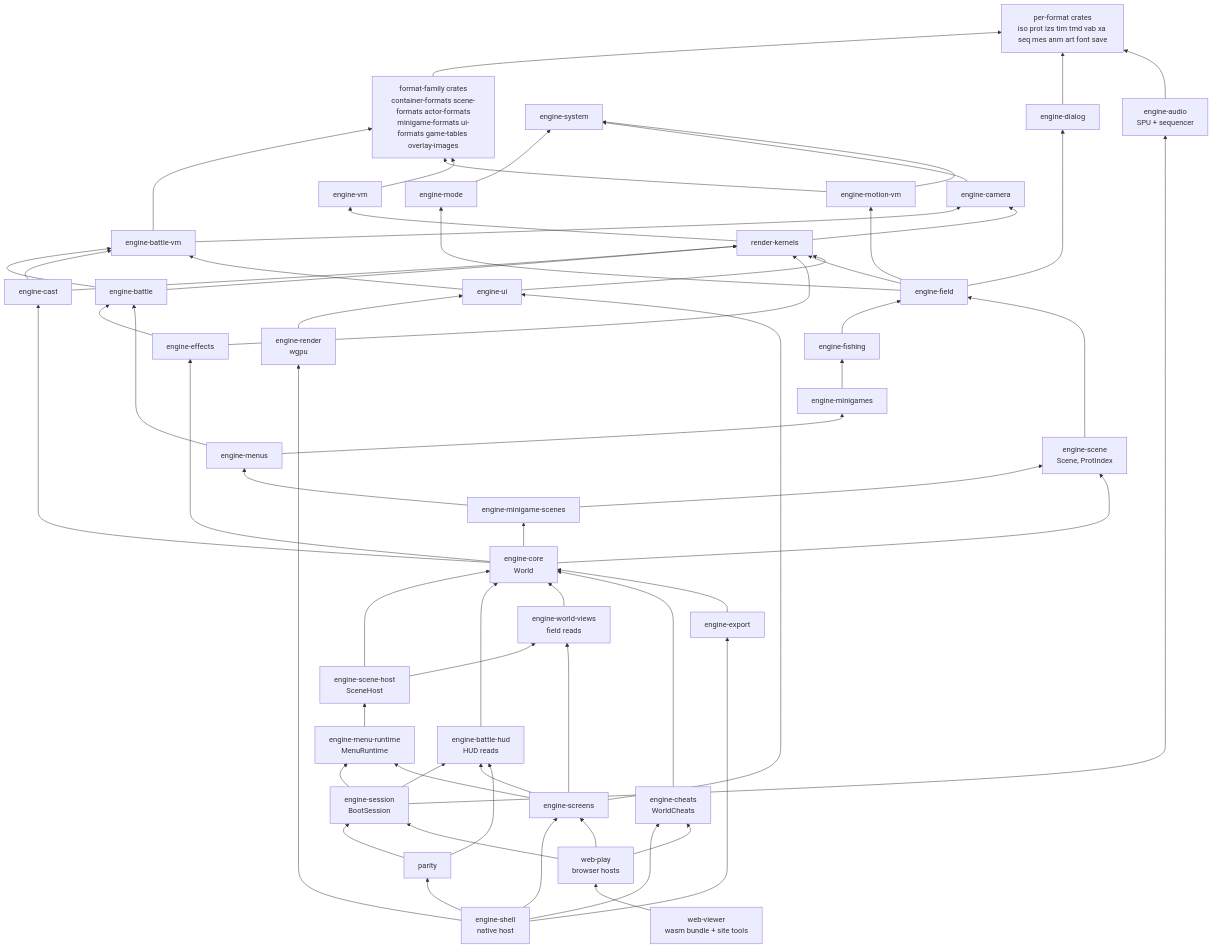
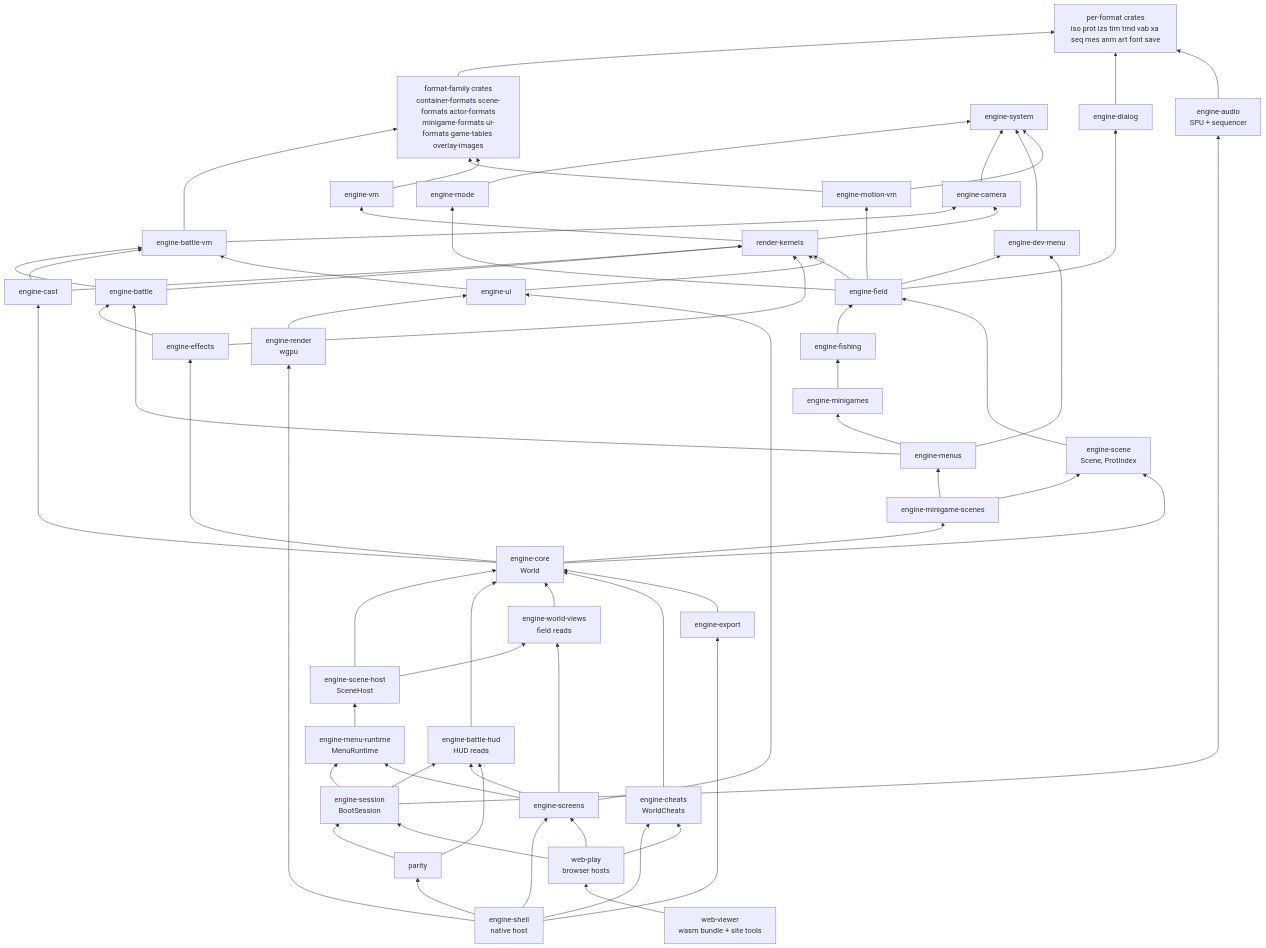
Before and after one commit to AndrewAltimit/legend-of-legaia-re: the first of 4 diagrams in docs/subsystems/engine.md, drawn with Mermaid. The commit also changed other lines of this file and 70 other files, not shown here.

First line of the commit message:
Cut engine-menus -> engine-field: dev-menu bodies get their own crate

```diff
--- a/docs/subsystems/engine.md
+++ b/docs/subsystems/engine.md
@@ -48,6 +48,7 @@
     EMODE["engine-mode"]
     EDLG["engine-dialog"]
     ECAM["engine-camera"]
+    EDEV["engine-dev-menu"]
     EBV["engine-battle-vm"]
     ECAST["engine-cast"]
     EMV["engine-motion-vm"]
@@ -82,6 +83,7 @@
     EDLG --> FMT
     EMODE --> ESYS
     ECAM --> ESYS
+    EDEV --> ESYS
     EBV --> ECAM
     EBV --> FAM
     EMV --> ESYS
@@ -96,10 +98,12 @@
     EFX --> RK
     EFX --> EB
     EFIELD --> EMODE
+    EFIELD --> EDEV
     EFIELD --> EMV
     EFIELD --> EDLG
     EFIELD --> RK
     EMENU --> EB
+    EMENU --> EDEV
     EFISH --> EFIELD
     EMG --> EFISH
     EMENU --> EMG
```
